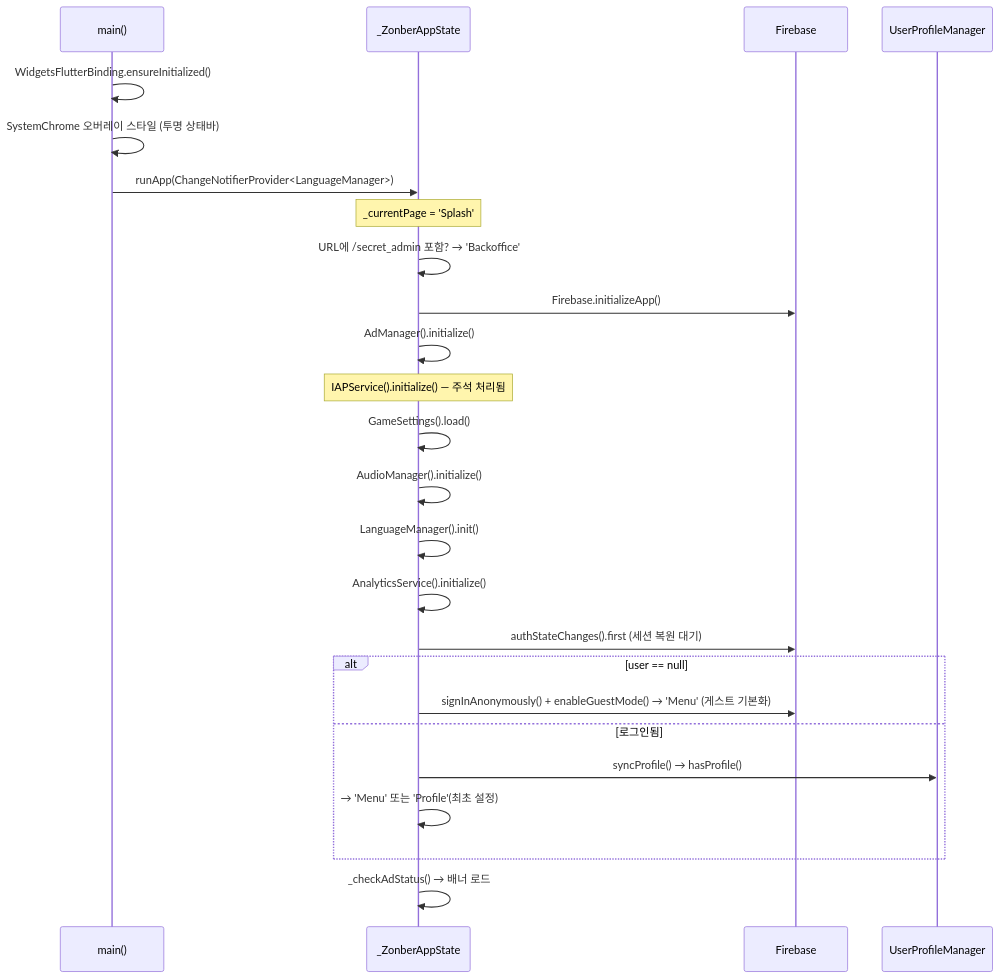
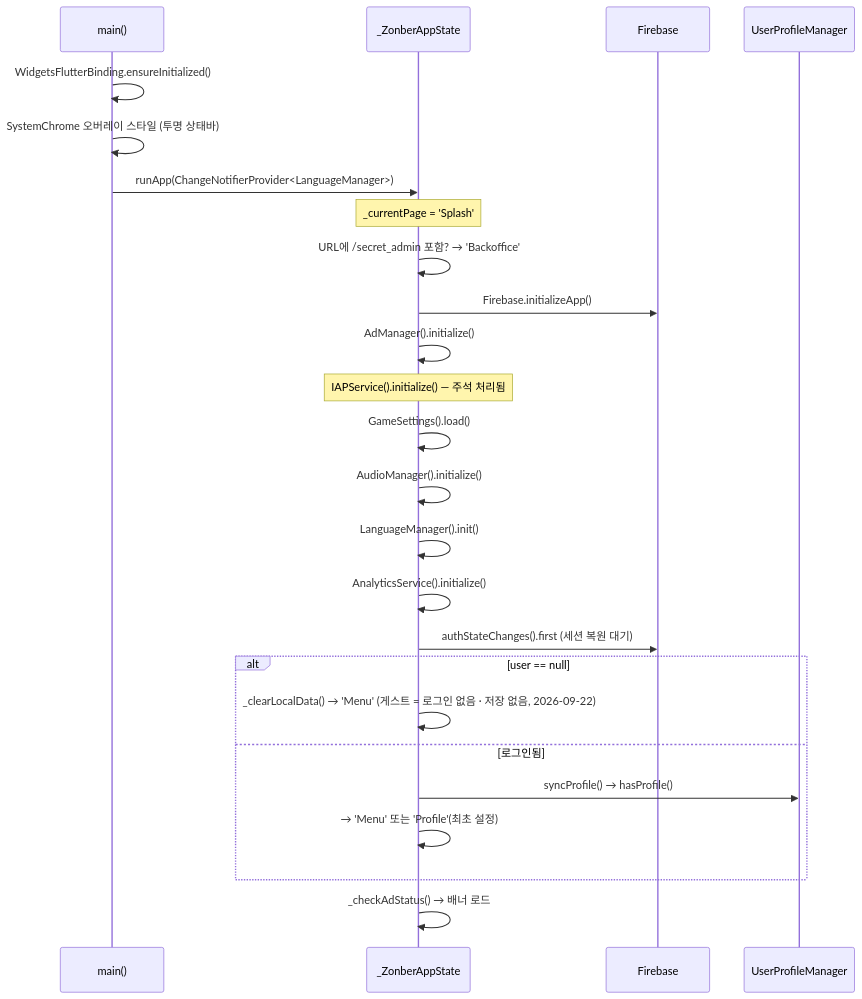
One commit to herokt/zonber changed the second of 3 diagrams in ARCHITECTURE.md. Above: the diagram before and after it, drawn with Mermaid. The commit also changed other lines of this file and 215 other files, not shown here.

````diff
--- a/ARCHITECTURE.md
+++ b/ARCHITECTURE.md
@@ -103,28 +103,28 @@
 ```mermaid
 sequenceDiagram
     participant M as main()
     participant A as _ZonberAppState
     participant FB as Firebase
     participant P as UserProfileManager
 
     M->>M: WidgetsFlutterBinding.ensureInitialized()
     M->>M: SystemChrome 오버레이 스타일 (투명 상태바)
     M->>A: runApp(ChangeNotifierProvider<LanguageManager>)
     Note over A: _currentPage = 'Splash'
     A->>A: URL에 /secret_admin 포함? → 'Backoffice'
     A->>FB: Firebase.initializeApp()
     A->>A: AdManager().initialize()
     Note over A: IAPService().initialize() — 주석 처리됨
     A->>A: GameSettings().load()
     A->>A: AudioManager().initialize()
     A->>A: LanguageManager().init()
     A->>A: AnalyticsService().initialize()
     A->>FB: authStateChanges().first (세션 복원 대기)
     alt user == null
-        A->>FB: signInAnonymously() + enableGuestMode() → 'Menu' (게스트 기본화)
+        A->>A: _clearLocalData() → 'Menu' (게스트 = 로그인 없음 · 저장 없음, 2026-09-22)
     else 로그인됨
         A->>P: syncProfile() → hasProfile()
         A->>A: → 'Menu' 또는 'Profile'(최초 설정)
     end
     A->>A: _checkAdStatus() → 배너 로드
 ```
````
